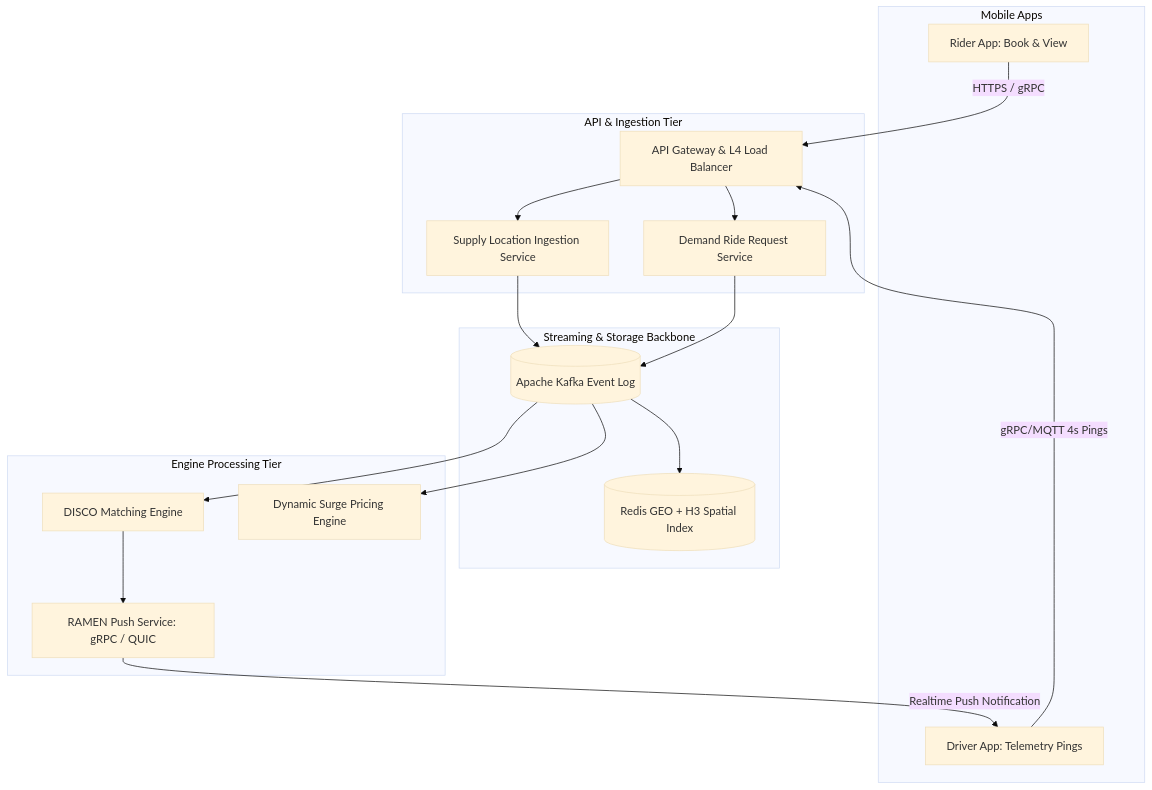
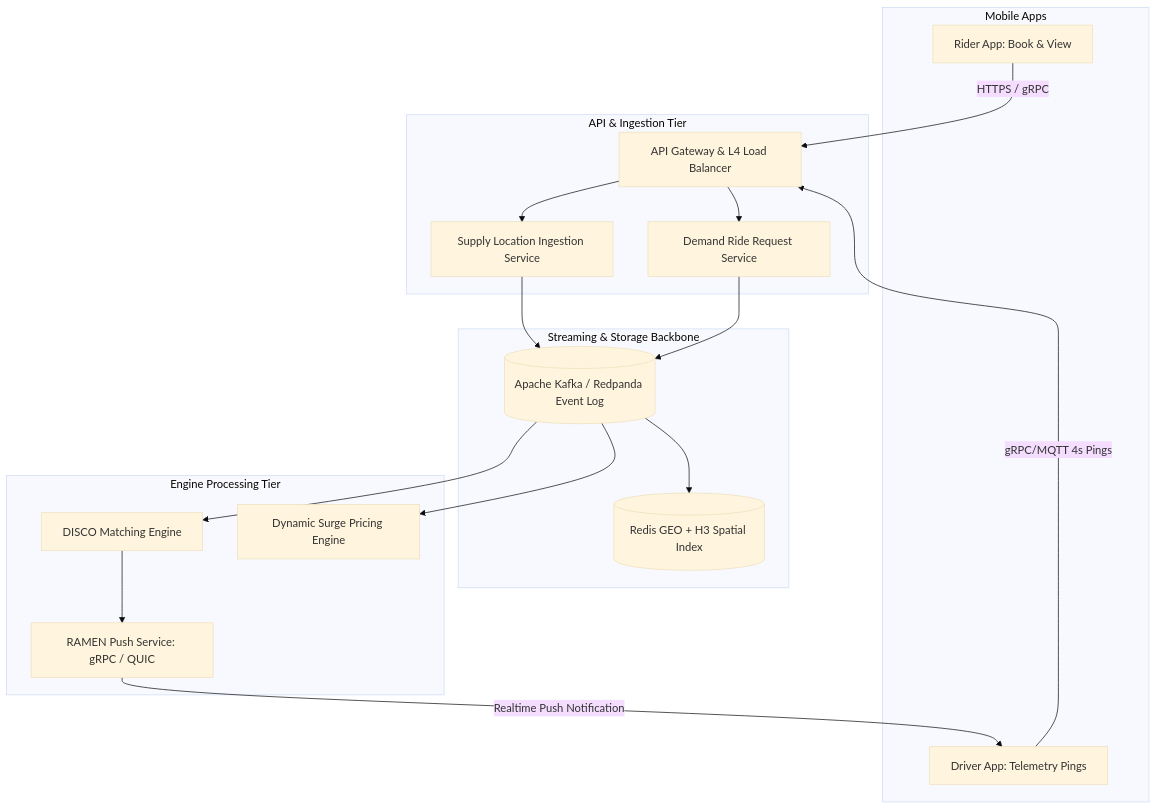
Before and after one commit to vesviet/vesviet: the diagram in content/series/ride-hailing-realtime-architecture/executive-summary.md, drawn with Mermaid (base theme). The commit also changed other lines of this file and 8 other files, not shown here.

````diff
--- a/content/series/ride-hailing-realtime-architecture/executive-summary.md
+++ b/content/series/ride-hailing-realtime-architecture/executive-summary.md
@@ -59,36 +59,36 @@
 ```mermaid
 flowchart TD
     subgraph Mobile Apps
         Rider["Rider App: Book & View"]
         Driver["Driver App: Telemetry Pings"]
     end
 
     subgraph API & Ingestion Tier
         Gateway["API Gateway & L4 Load Balancer"]
         LocationSvc[Supply Location Ingestion Service]
         DemandSvc[Demand Ride Request Service]
     end
 
     subgraph Streaming & Storage Backbone
-        Kafka[("Apache Kafka Event Log")]
+        Kafka[("Apache Kafka / Redpanda Event Log")]
         Redis[("Redis GEO + H3 Spatial Index")]
     end
 
     subgraph Engine Processing Tier
         DISCO[DISCO Matching Engine]
         Surge[Dynamic Surge Pricing Engine]
         Ramen["RAMEN Push Service: gRPC / QUIC"]
     end
 
     Driver -->|gRPC/MQTT 4s Pings| Gateway
     Rider -->|HTTPS / gRPC| Gateway
     Gateway --> LocationSvc
     Gateway --> DemandSvc
     LocationSvc --> Kafka
     DemandSvc --> Kafka
     Kafka --> Redis
     Kafka --> DISCO
     Kafka --> Surge
     DISCO --> Ramen
     Ramen -->|Realtime Push Notification| Driver
 ```
````
